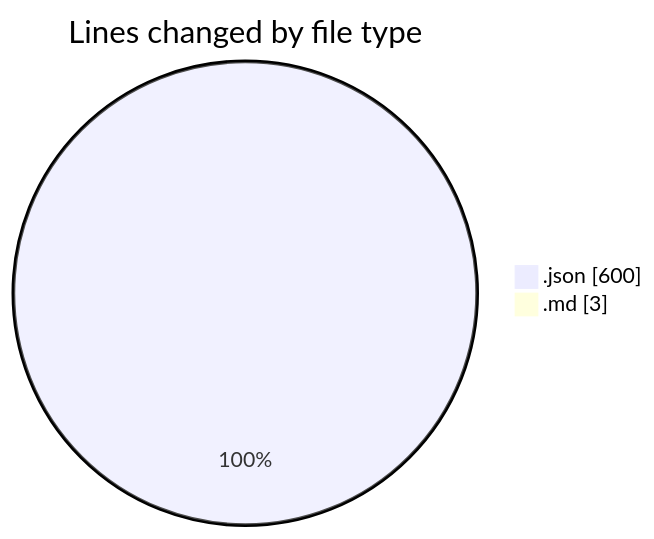
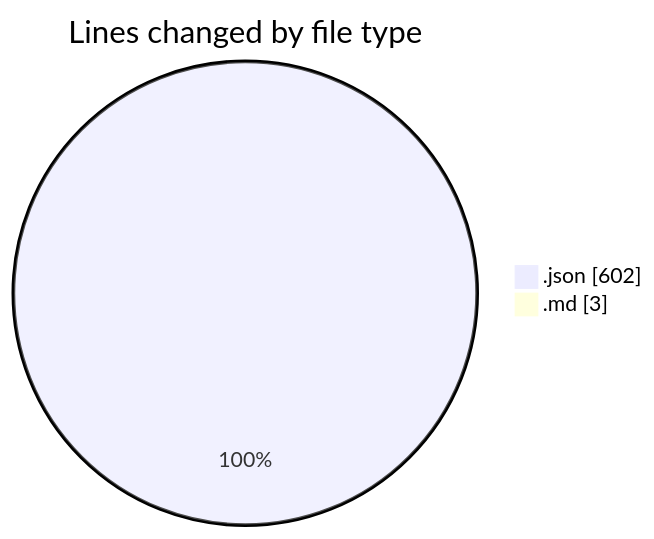
One commit to EIIisD/code-tracking changed the first of 2 diagrams in 2025-08-13/universal-credit/README.md. Above: the diagram before and after it, drawn with Mermaid. The commit also changed other lines of this file and 1 other file, not shown here.

````diff
--- a/2025-08-13/universal-credit/README.md
+++ b/2025-08-13/universal-credit/README.md
@@ -22,6 +22,6 @@
 ```mermaid
 pie showData
 title Lines changed by file type
-".json" : 600
+".json" : 602
 ".md" : 3
 ```
````
